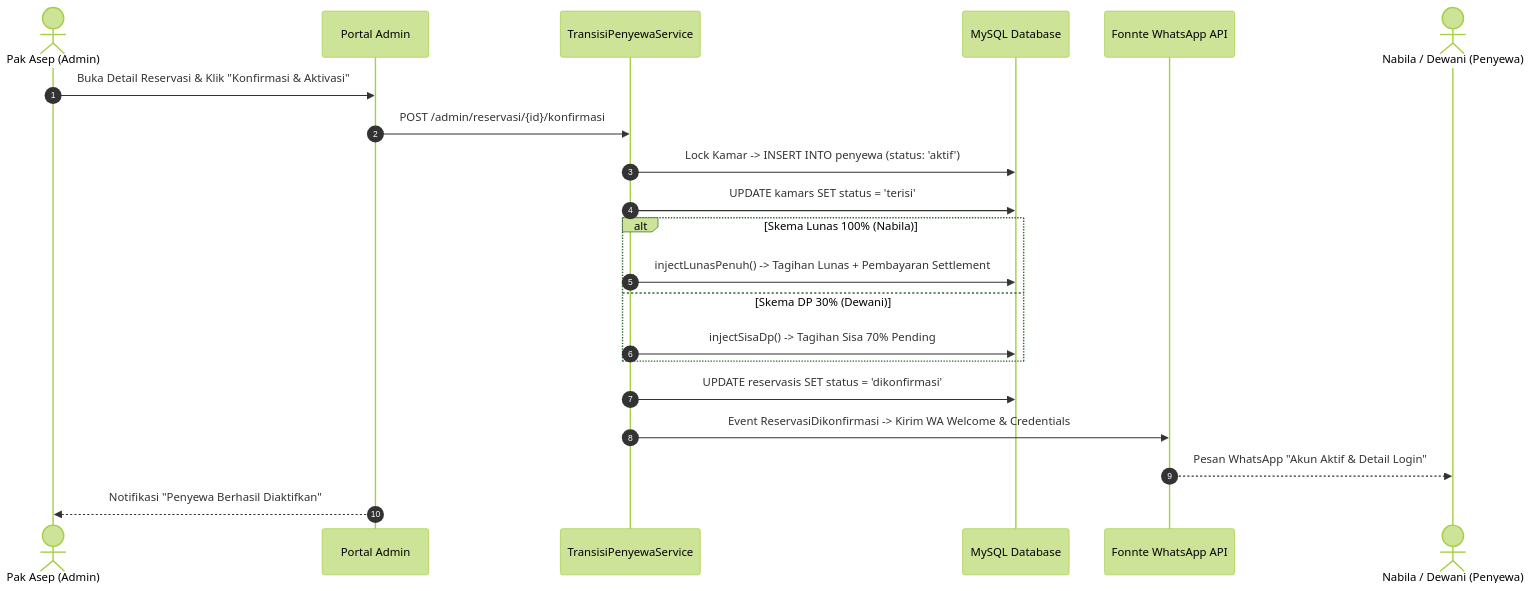
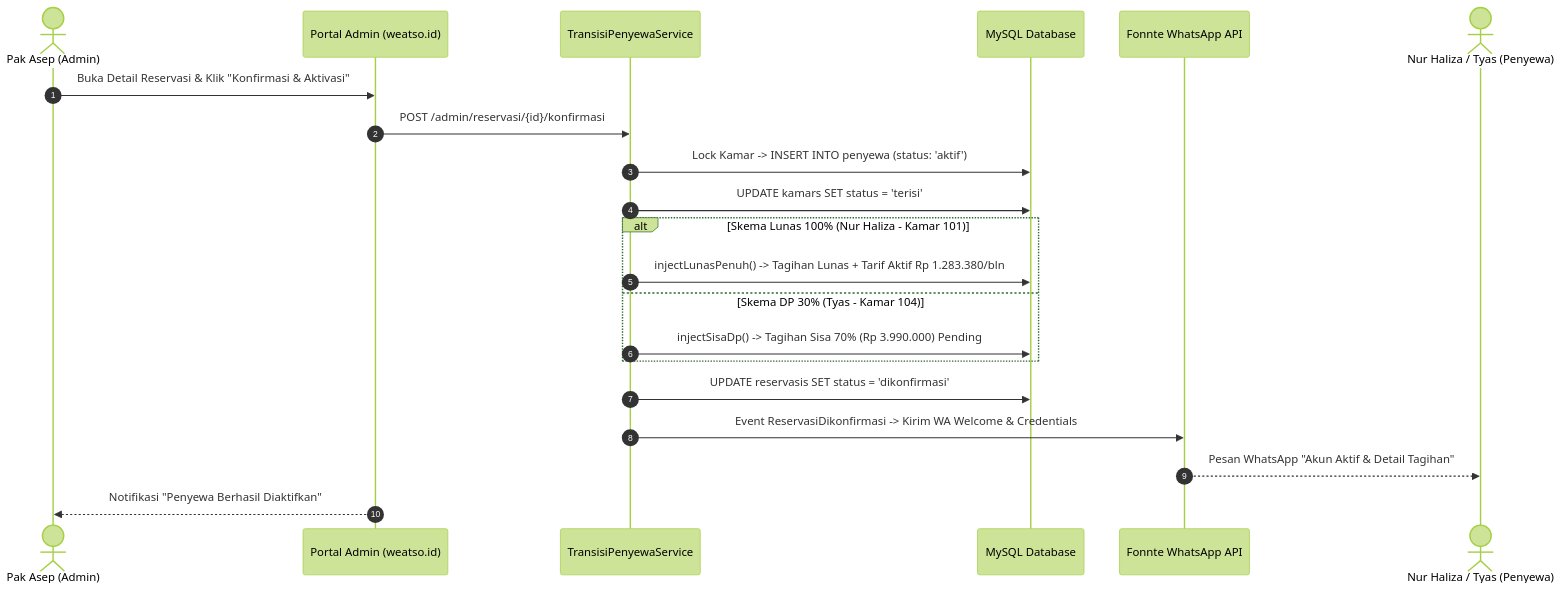
Before and after one commit to rafifarsyapradiva/asri-boarding-house: the third of 5 diagrams in Blueprint/Skenario_Cerita_Reservasi_Admin.md, drawn with Mermaid (forest theme). The commit also changed other lines of this file and 22 other files, not shown here.

Commit message:
docs(blueprint): harmonisasi skenario penyewa & admin, panduan demo sidang skripsi data riil produksi live, dan finalisasi 9 diagram visual v247.0

````diff
--- a/Blueprint/Skenario_Cerita_Reservasi_Admin.md
+++ b/Blueprint/Skenario_Cerita_Reservasi_Admin.md
@@ -144,24 +141,24 @@
 ```mermaid
 sequenceDiagram
     autonumber
     actor A as Pak Asep (Admin)
-    participant AP as Portal Admin
+    participant AP as Portal Admin (weatso.id)
     participant S as TransisiPenyewaService
     participant DB as MySQL Database
     participant W as Fonnte WhatsApp API
-    actor N as Nabila / Dewani (Penyewa)
+    actor N as Nur Haliza / Tyas (Penyewa)
 
     A->>AP: Buka Detail Reservasi & Klik "Konfirmasi & Aktivasi"
     AP->>S: POST /admin/reservasi/{id}/konfirmasi
     S->>DB: Lock Kamar -> INSERT INTO penyewa (status: 'aktif')
     S->>DB: UPDATE kamars SET status = 'terisi'
-    alt Skema Lunas 100% (Nabila)
-        S->>DB: injectLunasPenuh() -> Tagihan Lunas + Pembayaran Settlement
-    else Skema DP 30% (Dewani)
-        S->>DB: injectSisaDp() -> Tagihan Sisa 70% Pending
+    alt Skema Lunas 100% (Nur Haliza - Kamar 101)
+        S->>DB: injectLunasPenuh() -> Tagihan Lunas + Tarif Aktif Rp 1.283.380/bln
+    else Skema DP 30% (Tyas - Kamar 104)
+        S->>DB: injectSisaDp() -> Tagihan Sisa 70% (Rp 3.990.000) Pending
     end
     S->>DB: UPDATE reservasis SET status = 'dikonfirmasi'
     S->>W: Event ReservasiDikonfirmasi -> Kirim WA Welcome & Credentials
-    W-->>N: Pesan WhatsApp "Akun Aktif & Detail Login"
+    W-->>N: Pesan WhatsApp "Akun Aktif & Detail Tagihan"
     AP-->>A: Notifikasi "Penyewa Berhasil Diaktifkan"
 ```
````
